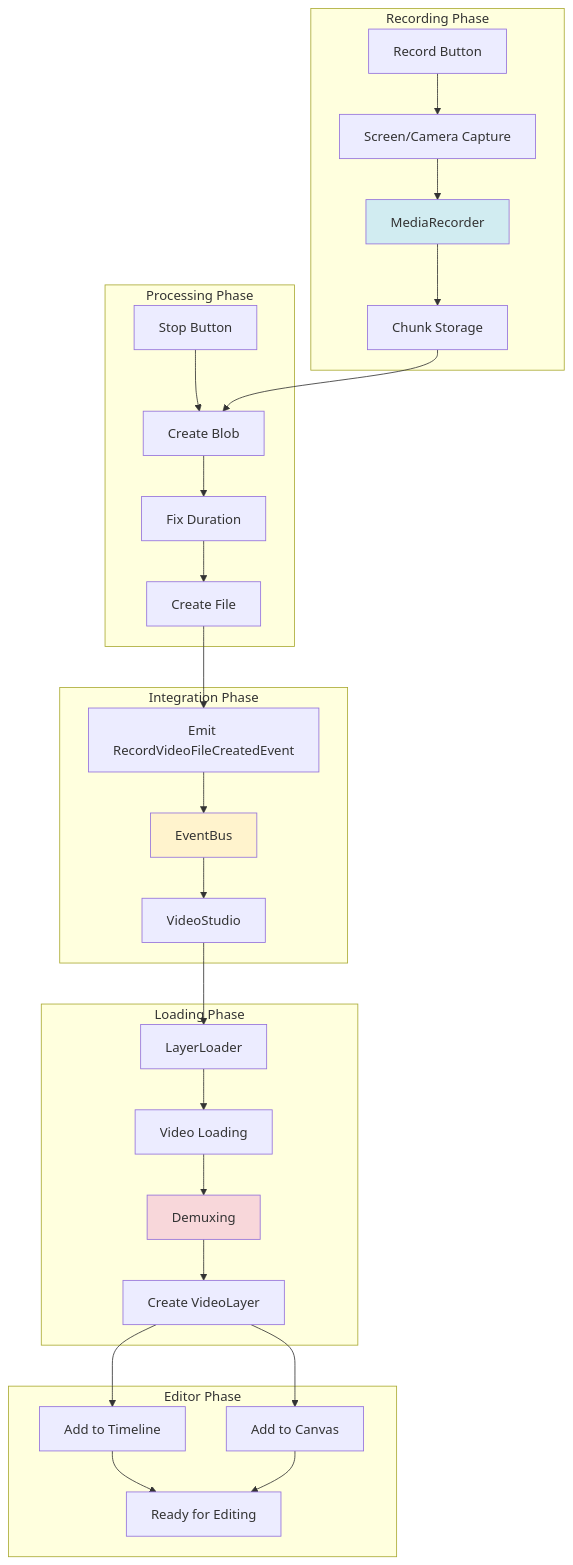
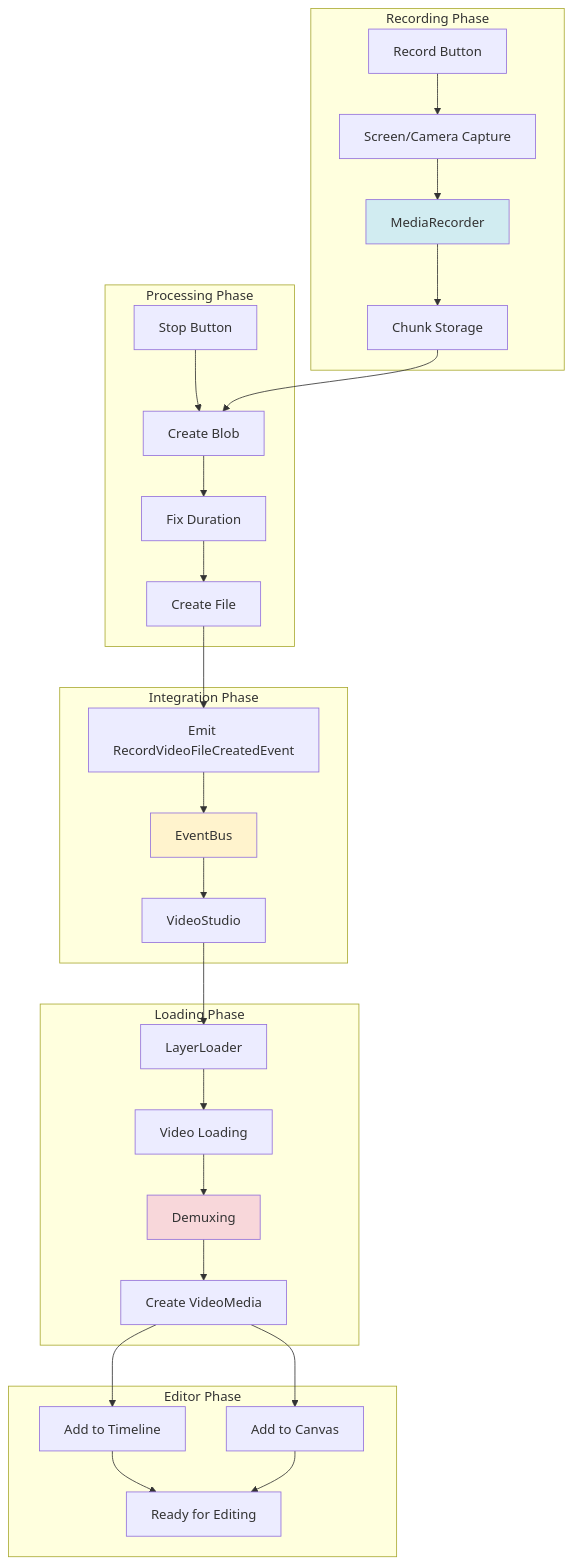
One commit to apssouza22/web-video-edit changed the ninth of 13 diagrams in docs/architecture/07-data-flow.md. Above: the diagram before and after it, drawn with Mermaid. The commit also changed other lines of this file and 30 other files, not shown here.

````diff
--- a/docs/architecture/07-data-flow.md
+++ b/docs/architecture/07-data-flow.md
@@ -463,62 +463,62 @@
 ```mermaid
 graph TB
     subgraph "Recording Phase"
         RecordBtn[Record Button]
         Capture[Screen/Camera Capture]
         Recording[MediaRecorder]
         Chunks[Chunk Storage]
     end
     
     subgraph "Processing Phase"
         StopBtn[Stop Button]
         BlobCreate[Create Blob]
         DurationFix[Fix Duration]
         FileCreate[Create File]
     end
     
     subgraph "Integration Phase"
         EventEmit[Emit RecordVideoFileCreatedEvent]
         EventBus[EventBus]
         Studio[VideoStudio]
     end
     
     subgraph "Loading Phase"
         LayerLoader[LayerLoader]
         VideoLoad[Video Loading]
         Demux[Demuxing]
-        LayerCreate[Create VideoLayer]
+        LayerCreate[Create VideoMedia]
     end
     
     subgraph "Editor Phase"
         Timeline[Add to Timeline]
         Canvas[Add to Canvas]
         Ready[Ready for Editing]
     end
     
     RecordBtn --> Capture
     Capture --> Recording
     Recording --> Chunks
     
     StopBtn --> BlobCreate
     Chunks --> BlobCreate
     BlobCreate --> DurationFix
     DurationFix --> FileCreate
     
     FileCreate --> EventEmit
     EventEmit --> EventBus
     EventBus --> Studio
     
     Studio --> LayerLoader
     LayerLoader --> VideoLoad
     VideoLoad --> Demux
     Demux --> LayerCreate
     
     LayerCreate --> Timeline
     LayerCreate --> Canvas
     Timeline --> Ready
     Canvas --> Ready
     
     style EventBus fill:#fff3cd
     style Recording fill:#d1ecf1
     style Demux fill:#f8d7da
 ```
````
